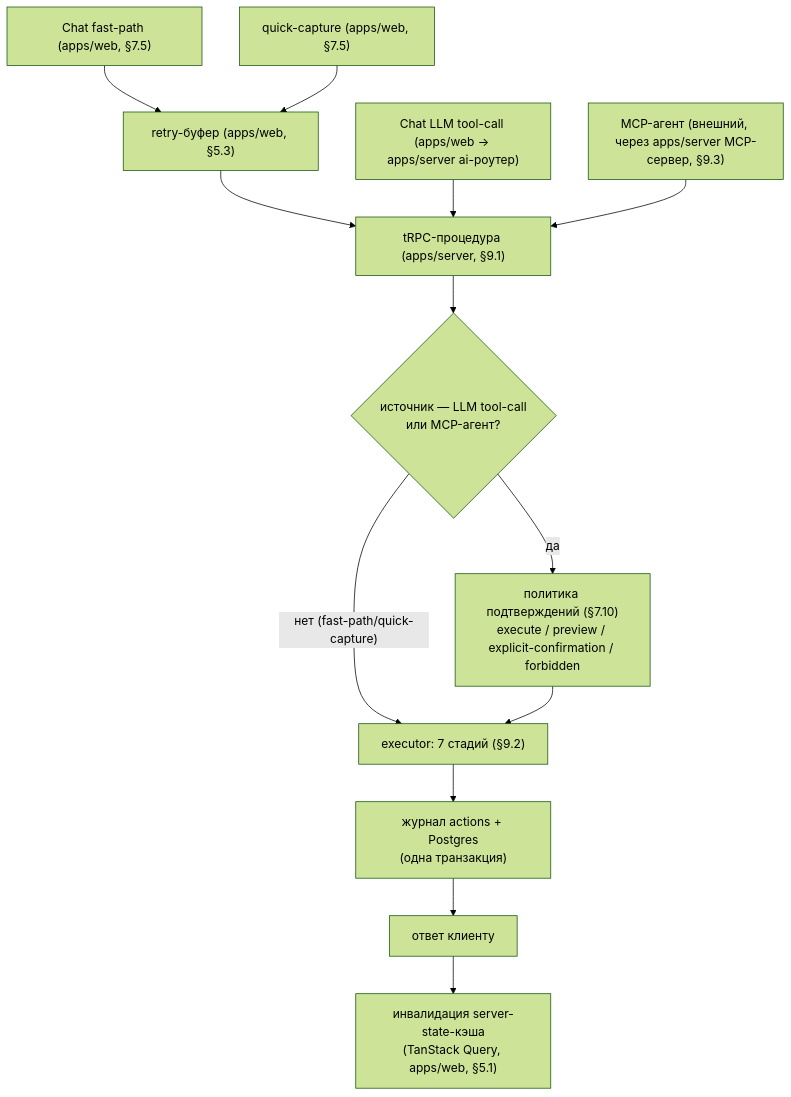
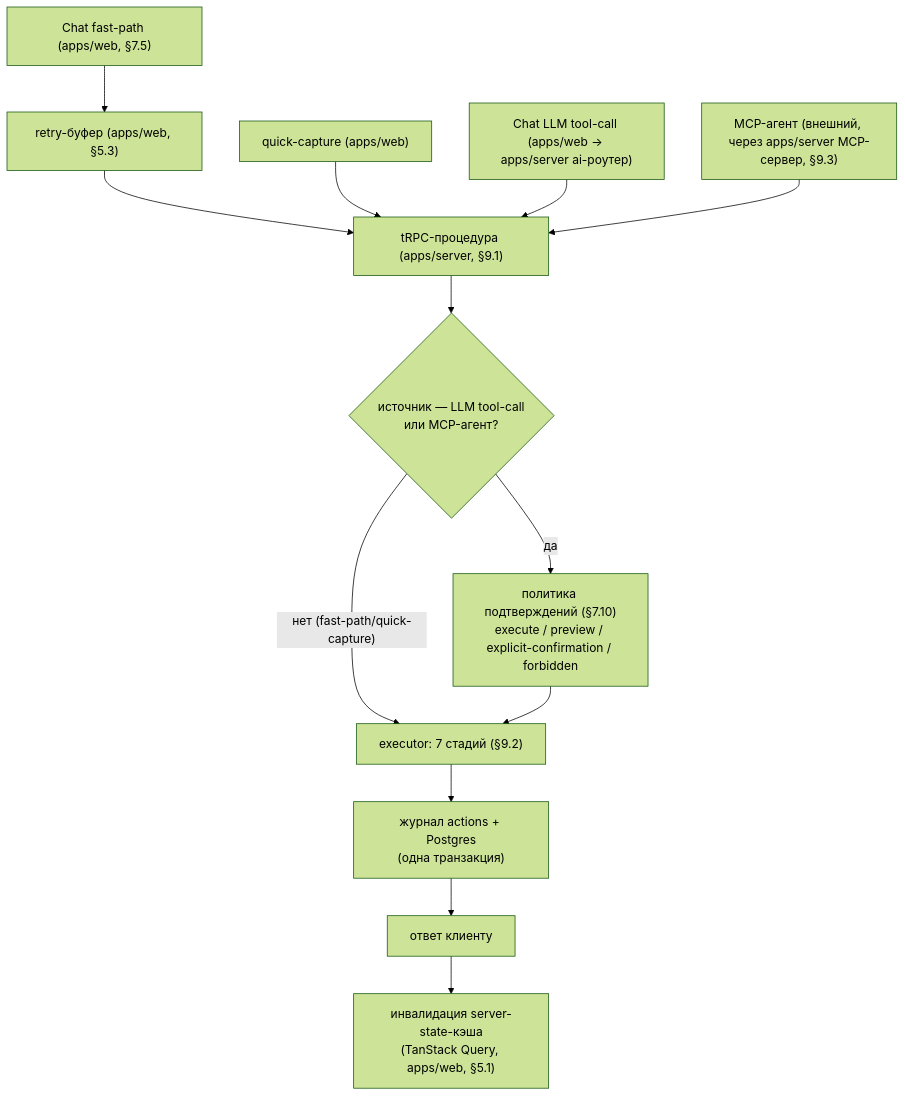
Before and after one commit to qvenge/orbis: the second of 8 diagrams in docs/implementation/00-architecture.md, drawn with Mermaid (forest theme). The commit also changed other lines of this file and 4 other files, not shown here.

Commit message:
docs: фиксы финального ревью v3.1 — spent-ссылка, следы клиентского движка, слайс quick-capture, актор в журнале

````diff
--- a/docs/implementation/00-architecture.md
+++ b/docs/implementation/00-architecture.md
@@ -74,24 +74,24 @@
 ```mermaid
 flowchart TD
     ChatFastPath["Chat fast-path (apps/web, §7.5)"]
-    QuickCapture["quick-capture (apps/web, §7.5)"]
+    QuickCapture["quick-capture (apps/web)"]
     ChatToolCall["Chat LLM tool-call (apps/web → apps/server ai-роутер)"]
     MCPAgent["MCP-агент (внешний, через apps/server MCP-сервер, §9.3)"]
 
     Buffer["retry-буфер (apps/web, §5.3)"]
 
     ChatFastPath --> Buffer
-    QuickCapture --> Buffer
     Buffer --> TRPC["tRPC-процедура (apps/server, §9.1)"]
+    QuickCapture --> TRPC
     ChatToolCall --> TRPC
     MCPAgent --> TRPC
 
     TRPC --> IsToolCall{"источник — LLM tool-call\nили MCP-агент?"}
     IsToolCall -- "да" --> ConfirmPolicy["политика подтверждений (§7.10)\nexecute / preview / explicit-confirmation / forbidden"]
     IsToolCall -- "нет (fast-path/quick-capture)" --> Executor
     ConfirmPolicy --> Executor["executor: 7 стадий (§9.2)"]
 
     Executor --> TxWrite["журнал actions + Postgres\n(одна транзакция)"]
     TxWrite --> Response["ответ клиенту"]
     Response --> CacheInvalidate["инвалидация server-state-кэша\n(TanStack Query, apps/web, §5.1)"]
 ```
````
